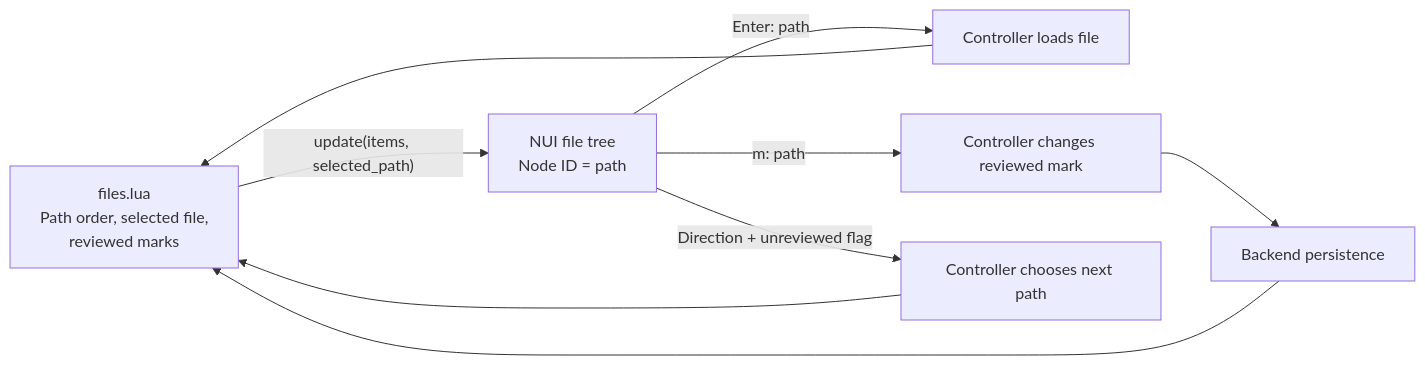
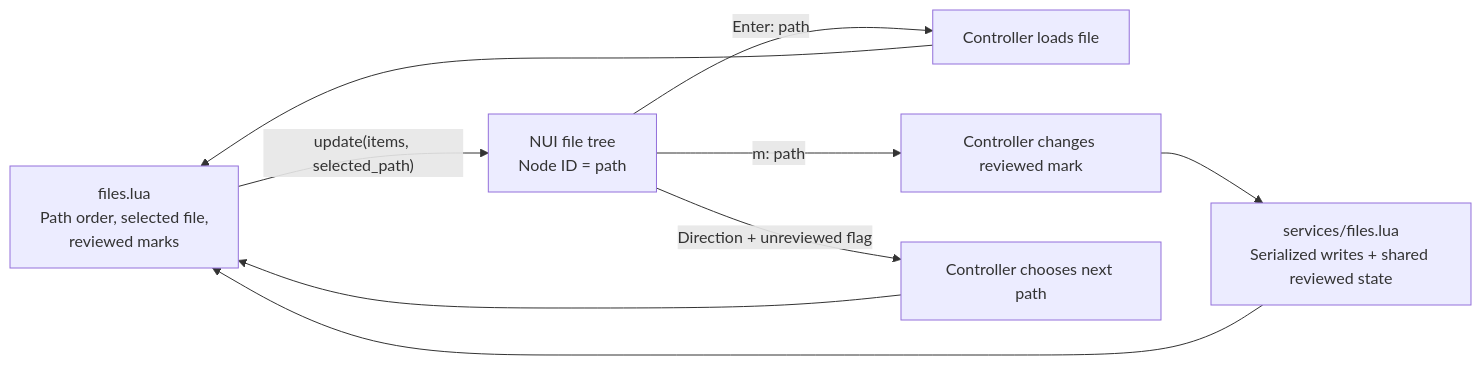
Before and after one commit to difflab-io/lgtm: the second of 2 diagrams in docs/architecture/lgtm.nvim/ui/files.md, drawn with Mermaid. The commit also changed 55 other files, not shown here.

````diff
--- a/docs/architecture/lgtm.nvim/ui/files.md
+++ b/docs/architecture/lgtm.nvim/ui/files.md
@@ -111,11 +111,11 @@
 ```mermaid
 flowchart LR
   Controller["files.lua<br/>Path order, selected file,<br/>reviewed marks"] -->|"update(items, selected_path)"| Tree["NUI file tree<br/>Node ID = path"]
   Tree -->|"Enter: path"| Open["Controller loads file"]
   Tree -->|"m: path"| Mark["Controller changes reviewed mark"]
   Tree -->|"Direction + unreviewed flag"| Next["Controller chooses next path"]
-  Mark --> Store["Backend persistence"]
+  Mark --> Store["services/files.lua<br/>Serialized writes + shared reviewed state"]
   Store --> Controller
   Open --> Controller
   Next --> Controller
 ```
````
